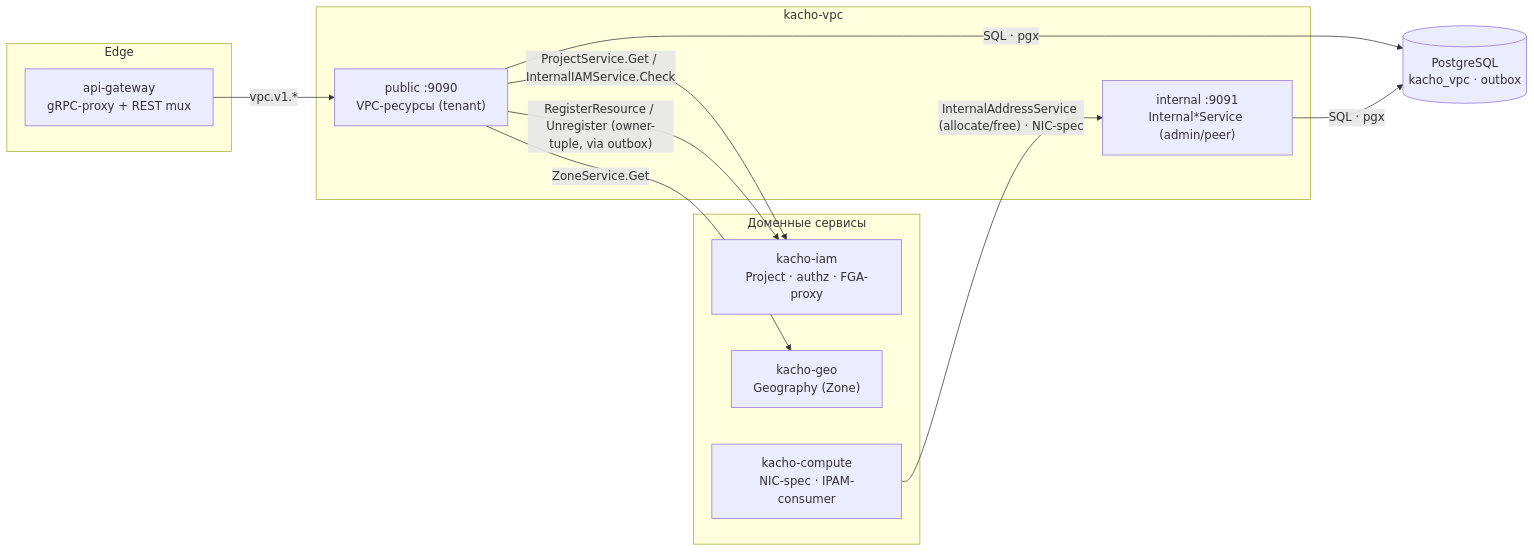
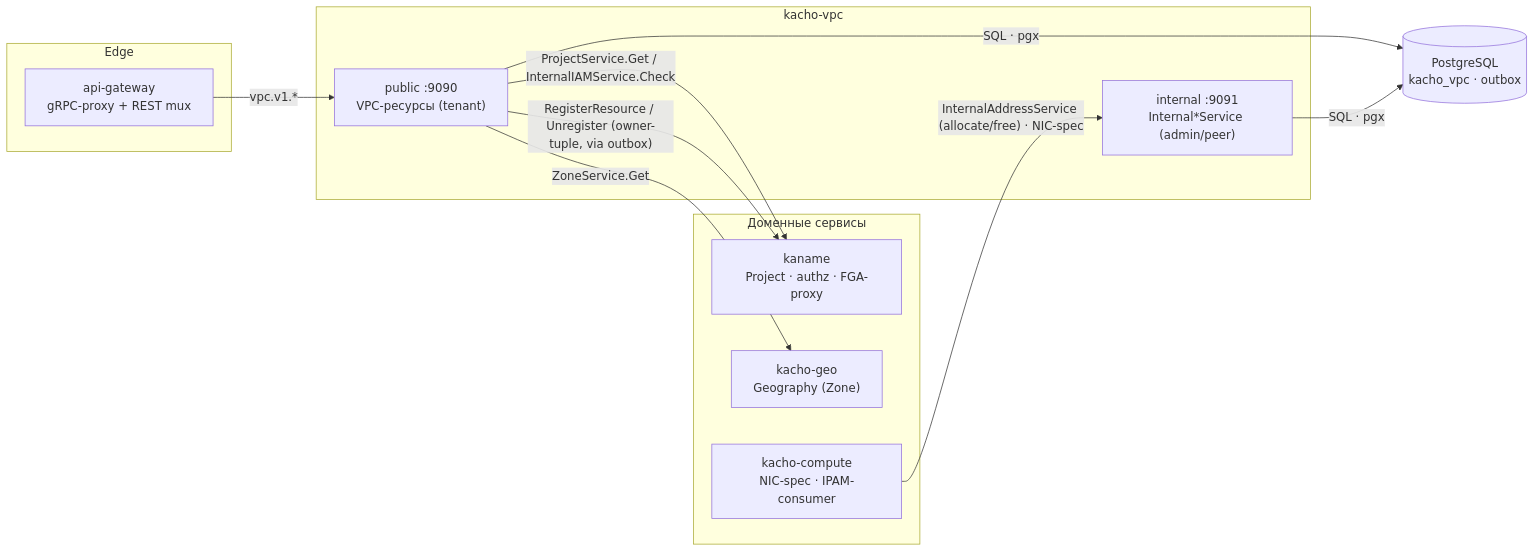
One commit to PRO-Robotech/kacho changed the second of 3 diagrams in services/vpc/docs/content/architecture/overview.mdx. Above: the diagram before and after it, drawn with Mermaid. The commit also changed other lines of this file and 5005 other files, not shown here.

````diff
--- a/services/vpc/docs/content/architecture/overview.mdx
+++ b/services/vpc/docs/content/architecture/overview.mdx
@@ -141,24 +141,24 @@
 ```mermaid
 flowchart LR
   subgraph edge["Edge"]
     agw["api-gateway<br/>gRPC-proxy + REST mux"]
   end
   subgraph vpcbox["kacho-vpc"]
     pub["public :9090<br/>VPC-ресурсы (tenant)"]
     intl["internal :9091<br/>Internal*Service (admin/peer)"]
   end
   subgraph peers["Доменные сервисы"]
-    iam["kacho-iam<br/>Project · authz · FGA-proxy"]
+    iam["kaname<br/>Project · authz · FGA-proxy"]
     geo["kacho-geo<br/>Geography (Zone)"]
     cmp["kacho-compute<br/>NIC-spec · IPAM-consumer"]
   end
   pg[("PostgreSQL<br/>kacho_vpc · outbox")]
 
   agw -->|"vpc.v1.*"| pub
   pub -->|"SQL · pgx"| pg
   intl -->|"SQL · pgx"| pg
   pub -->|"ProjectService.Get / InternalIAMService.Check"| iam
   pub -->|"RegisterResource / Unregister (owner-tuple, via outbox)"| iam
   pub -->|"ZoneService.Get"| geo
   cmp -->|"InternalAddressService (allocate/free) · NIC-spec"| intl
 ```
````
